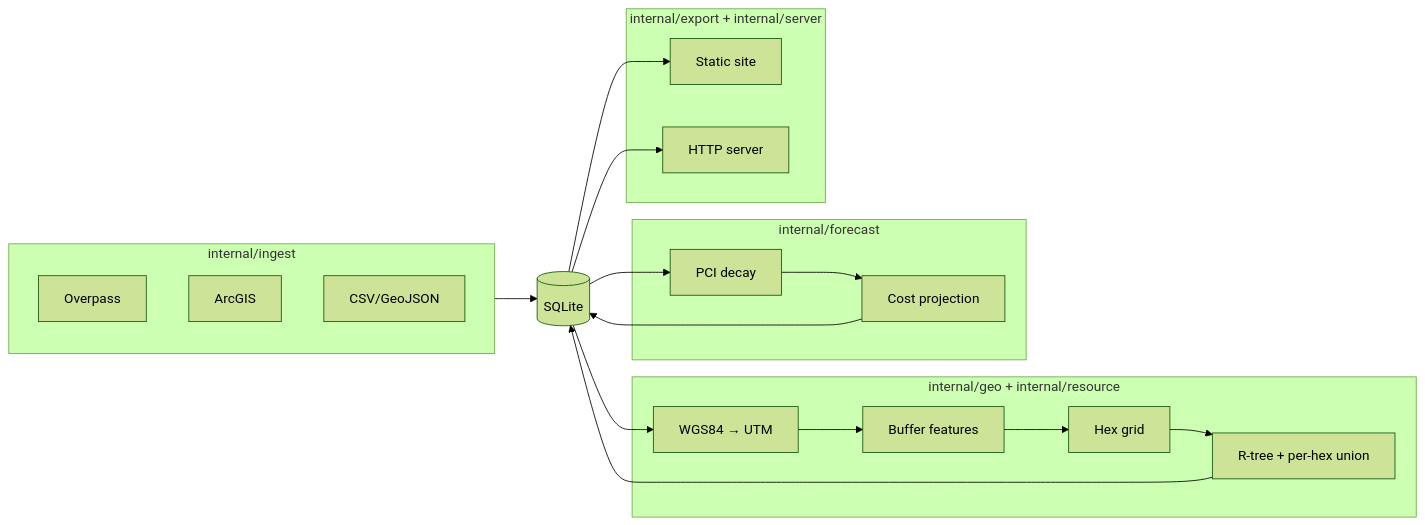
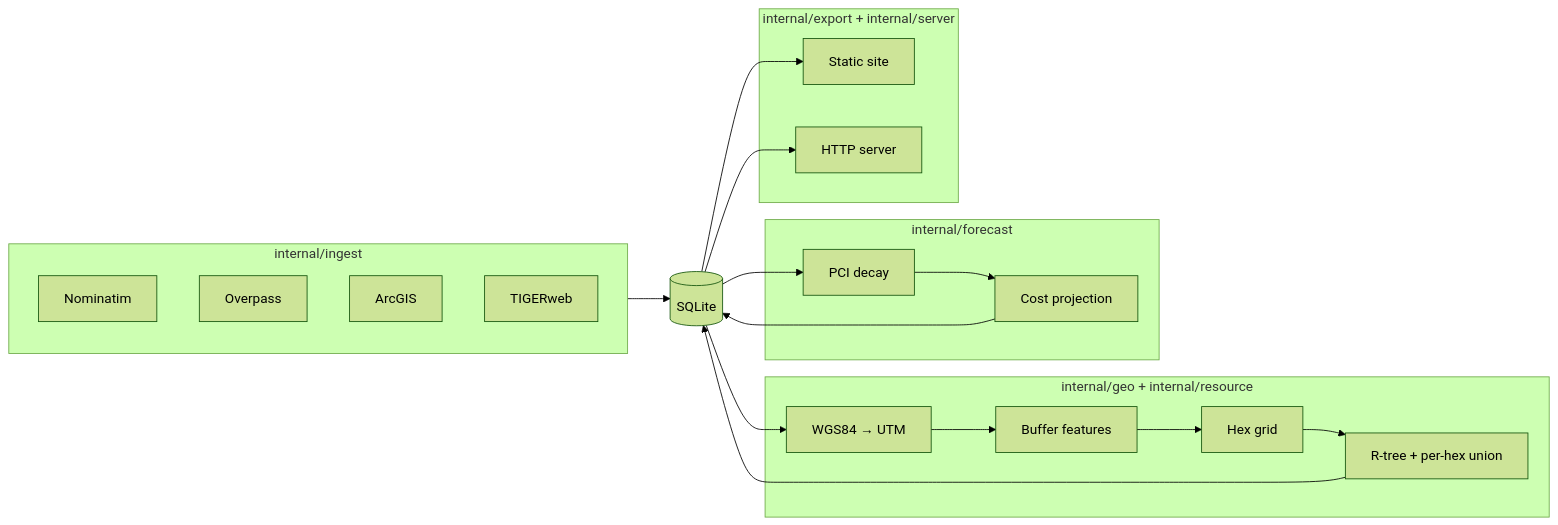
Before and after one commit to jcrussell/solvent-streets: the first of 4 diagrams in docs/architecture.md, drawn with Mermaid (forest theme). The commit also changed 14 other files, not shown here.

````diff
--- a/docs/architecture.md
+++ b/docs/architecture.md
@@ -5,31 +5,32 @@
 ```mermaid
 flowchart LR
     subgraph Ingest ["internal/ingest"]
+        Nominatim
         Overpass
         ArcGIS
-        CSV/GeoJSON
+        TIGERweb
     end
 
     subgraph Compute ["internal/geo + internal/resource"]
         Project["WGS84 → UTM"]
         Buffer["Buffer features"]
         HexGrid["Hex grid"]
         RTree["R-tree + per-hex union"]
     end
 
     subgraph Forecast ["internal/forecast"]
         PCI["PCI decay"]
         Cost["Cost projection"]
     end
 
     subgraph Output ["internal/export + internal/server"]
         Export["Static site"]
         Serve["HTTP server"]
     end
 
     Ingest --> DB[(SQLite)]
     DB --> Project --> Buffer --> HexGrid --> RTree --> DB
     DB --> PCI --> Cost --> DB
     DB --> Export
     DB --> Serve
 ```
````
